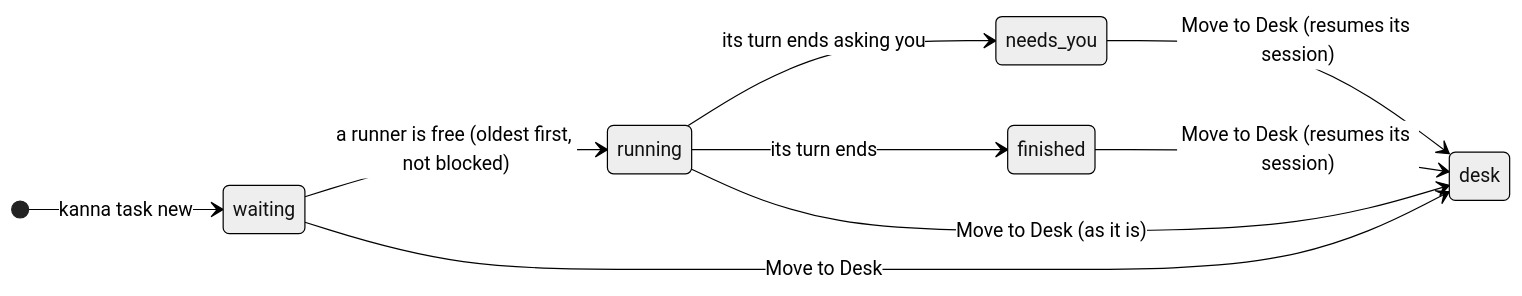
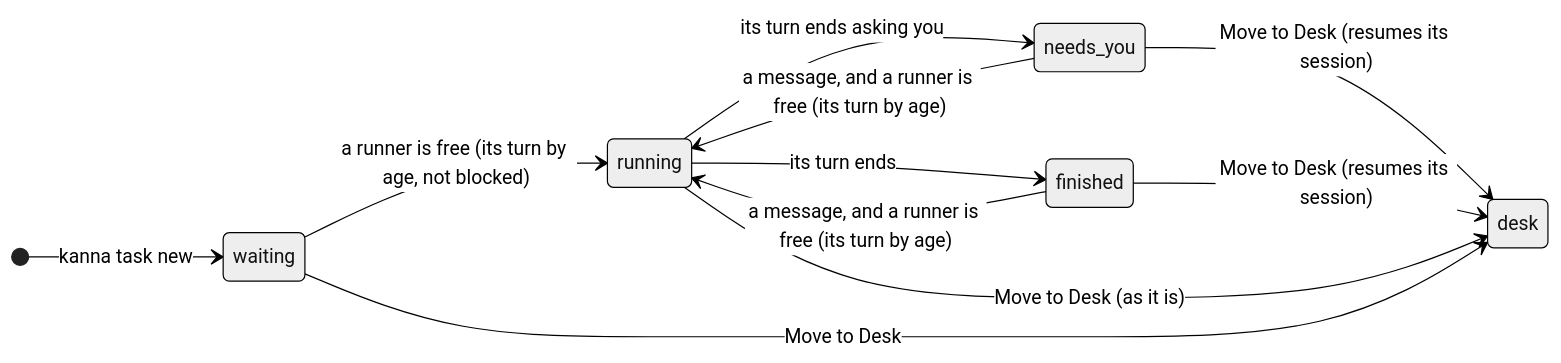
The diagram in docs/specs/shelf-runners.md (tampopogk/kanna), drawn with Mermaid (neutral theme) before and after one commit. The commit also changed other lines of this file and 3 other files, not shown here.

Commit message:
Shelf runners take one queue by age: the oldest task with something to do, never started or stopped with a message waiting; a message no longer jumps new work; Tasks::candidates; unit test of the order; e2e shelf_runners with one runner (docs/specs/shelf-runners.md, docs/specs/agent-messaging.md)

````diff
--- a/docs/specs/shelf-runners.md
+++ b/docs/specs/shelf-runners.md
@@ -17,12 +17,14 @@
 ```mermaid
 stateDiagram-v2
     direction LR
     [*] --> waiting: kanna task new
-    waiting --> running: a runner is free (oldest first, not blocked)
+    waiting --> running: a runner is free (its turn by age, not blocked)
     running --> needs_you: its turn ends asking you
     running --> finished: its turn ends
+    needs_you --> running: a message, and a runner is free (its turn by age)
+    finished --> running: a message, and a runner is free (its turn by age)
     needs_you --> desk: Move to Desk (resumes its session)
     finished --> desk: Move to Desk (resumes its session)
     running --> desk: Move to Desk (as it is)
     waiting --> desk: Move to Desk
 ```
````
